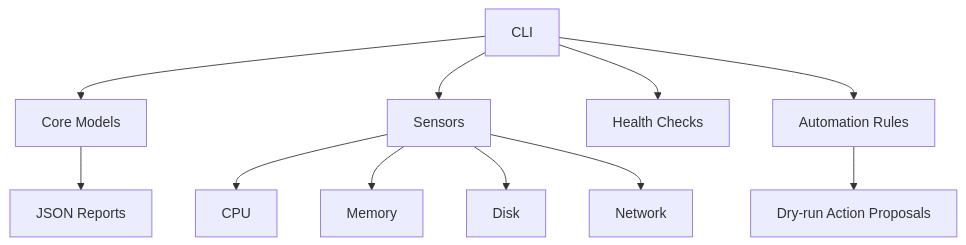
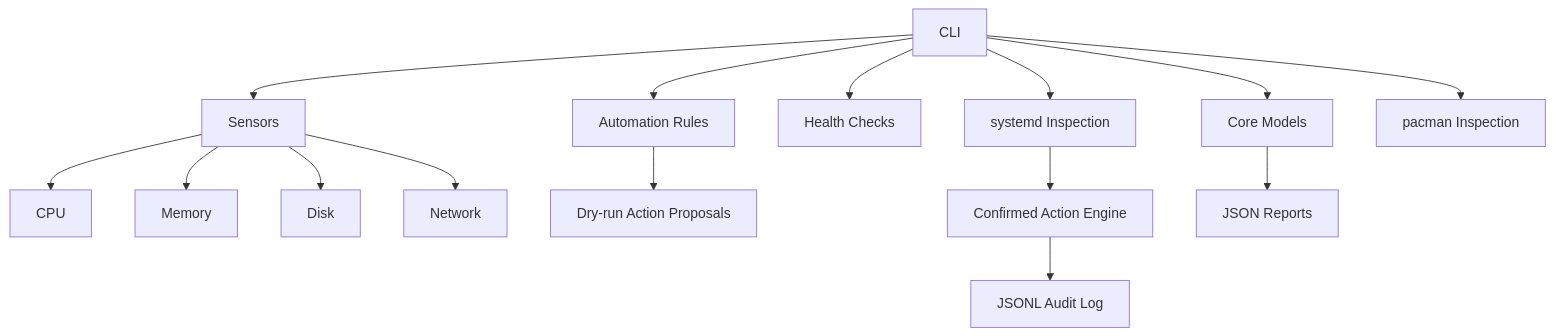
One commit to UseBrainNoL0ve/nexus changed the diagram in README.md. Above: the diagram before and after it, drawn with Mermaid. The commit also changed other lines of this file, not shown here.

Commit message:
docs: document package inspection and action history

````diff
--- a/README.md
+++ b/README.md
@@ -25,13 +29,17 @@
 ```mermaid
 flowchart TD
     CLI[CLI] --> CORE[Core Models]
     CLI --> SENSORS[Sensors]
     CLI --> DOCTOR[Health Checks]
     CLI --> RULES[Automation Rules]
+    CLI --> SYSTEMD[systemd Inspection]
+    CLI --> PACMAN[pacman Inspection]
     SENSORS --> CPU[CPU]
     SENSORS --> MEM[Memory]
     SENSORS --> DISK[Disk]
     SENSORS --> NET[Network]
     RULES --> PLAN[Dry-run Action Proposals]
+    SYSTEMD --> ACTIONS[Confirmed Action Engine]
+    ACTIONS --> AUDIT[JSONL Audit Log]
     CORE --> REPORT[JSON Reports]
 ```
````
